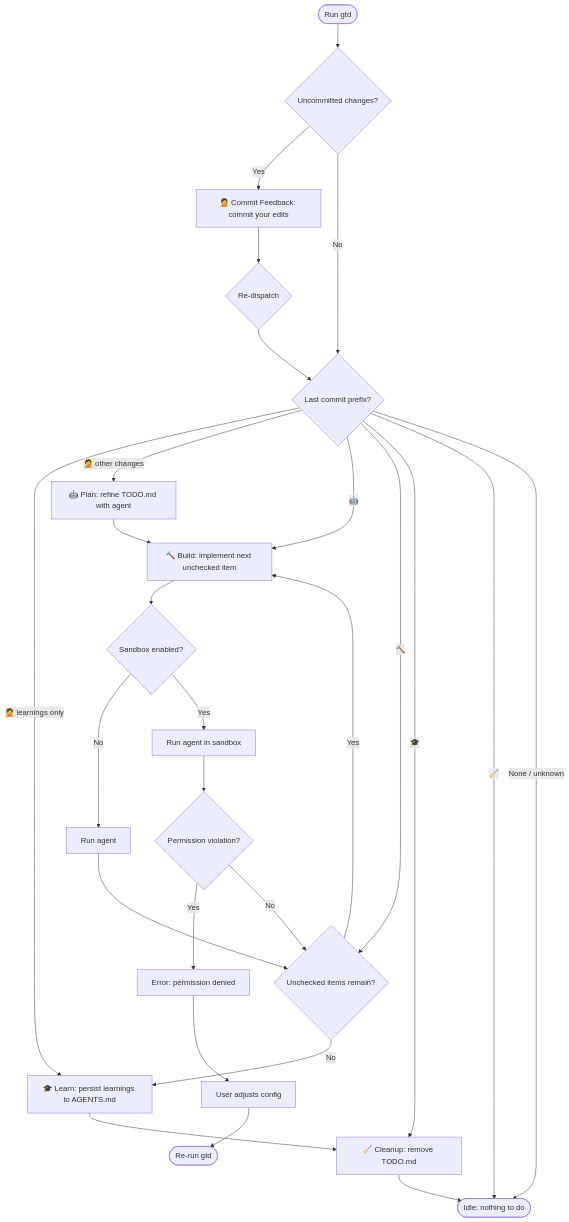
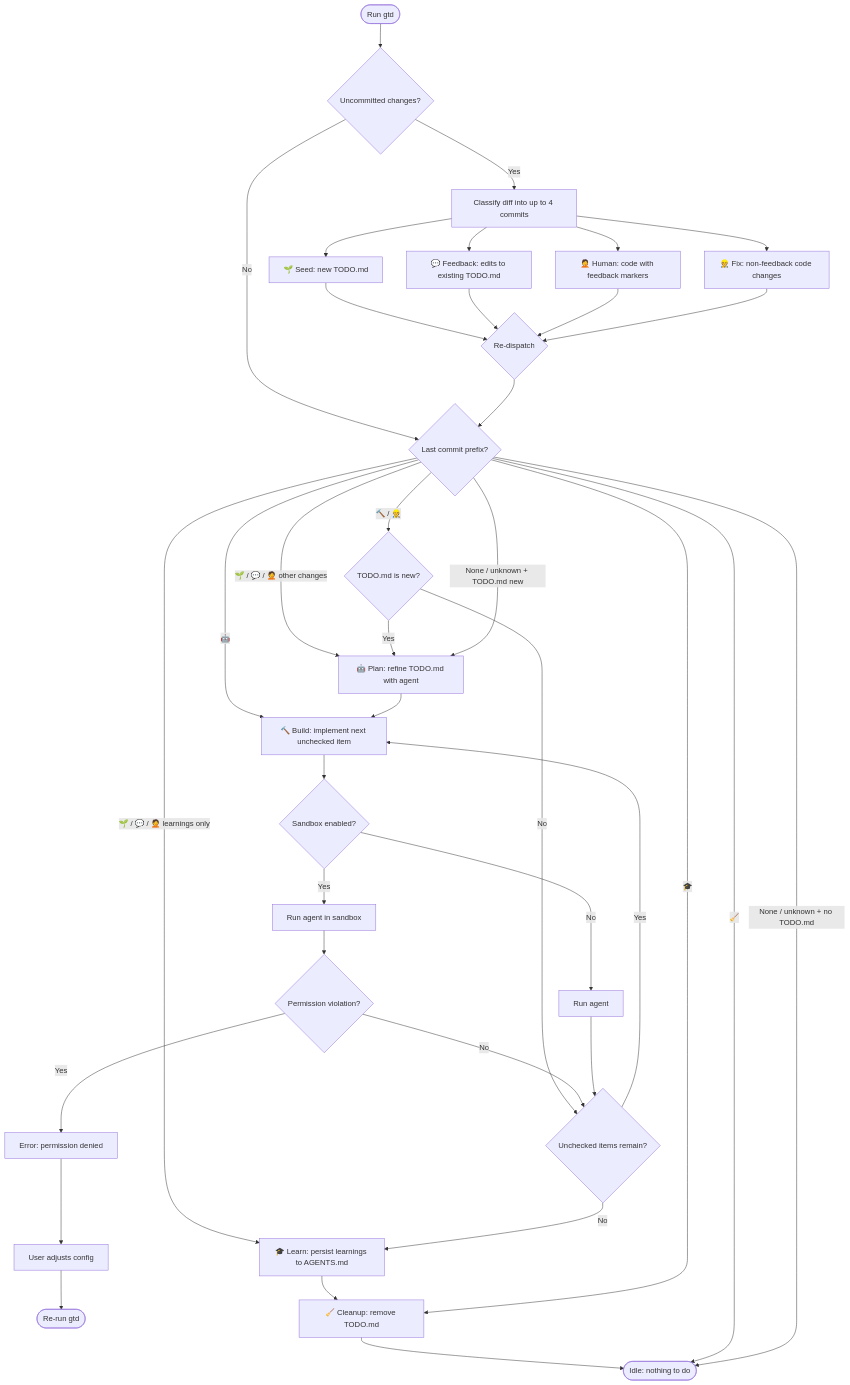
The first of 2 diagrams in README.md (pmelab/gtd), drawn with Mermaid before and after one commit. The commit also changed 2 other files, not shown here.

Commit message:
🔨 update mermaid flowchart to match decision tree

````diff
--- a/README.md
+++ b/README.md
@@ -21,30 +21,40 @@
 ```mermaid
 flowchart TD
     Start([Run gtd]) --> Uncommitted{Uncommitted changes?}
-    Uncommitted -->|Yes| Feedback["🤦 Commit Feedback: commit your edits"]
     Uncommitted -->|No| CheckLast{Last commit prefix?}
-    Feedback --> ReDispatch{Re-dispatch}
-    ReDispatch --> CheckLast
-    CheckLast -->|🤦 learnings only| Learn["🎓 Learn: persist learnings to AGENTS.md"]
-    CheckLast -->|🤦 other changes| Plan["🤖 Plan: refine TODO.md with agent"]
-    Plan --> Build["🔨 Build: implement next unchecked item"]
+    Uncommitted -->|Yes| Classify["Classify diff into up to 4 commits"]
+    Classify --> SeedCommit["🌱 Seed: new TODO.md"]
+    Classify --> FeedbackCommit["💬 Feedback: edits to existing TODO.md"]
+    Classify --> HumanCommit["🤦 Human: code with feedback markers"]
+    Classify --> FixCommit["👷 Fix: non-feedback code changes"]
+    SeedCommit --> ReDispatch
+    FeedbackCommit --> ReDispatch
+    HumanCommit --> ReDispatch
+    FixCommit --> ReDispatch
+    ReDispatch{Re-dispatch} --> CheckLast
+    CheckLast -->|"🌱 / 💬 / 🤦 learnings only"| Learn["🎓 Learn: persist learnings to AGENTS.md"]
+    CheckLast -->|"🌱 / 💬 / 🤦 other changes"| Plan["🤖 Plan: refine TODO.md with agent"]
     CheckLast -->|🤖| Build
-    Build --> SandboxCheck{Sandbox enabled?}
+    CheckLast -->|"🔨 / 👷"| TodoNew{TODO.md is new?}
+    TodoNew -->|Yes| Plan
+    TodoNew -->|No| ItemsLeft
+    Build["🔨 Build: implement next unchecked item"] --> SandboxCheck{Sandbox enabled?}
     SandboxCheck -->|No| RunAgent[Run agent]
     SandboxCheck -->|Yes| RunSandboxed[Run agent in sandbox]
     RunSandboxed --> Violation{Permission violation?}
     Violation -->|Yes| ErrorMsg[Error: permission denied]
     ErrorMsg --> AdjustConfig[User adjusts config]
     AdjustConfig --> Rerun([Re-run gtd])
     Violation -->|No| ItemsLeft
     RunAgent --> ItemsLeft
     ItemsLeft{Unchecked items remain?}
-    CheckLast -->|🔨| ItemsLeft
     ItemsLeft -->|Yes| Build
     ItemsLeft -->|No| Learn
+    Plan --> Build
     Learn --> Cleanup["🧹 Cleanup: remove TODO.md"]
     CheckLast -->|🎓| Cleanup
     Cleanup --> Idle([Idle: nothing to do])
     CheckLast -->|🧹| Idle
-    CheckLast -->|None / unknown| Idle
+    CheckLast -->|"None / unknown + TODO.md new"| Plan
+    CheckLast -->|"None / unknown + no TODO.md"| Idle
 ```
````
